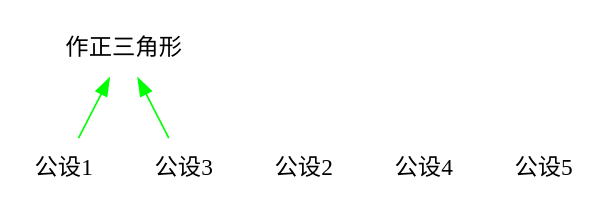
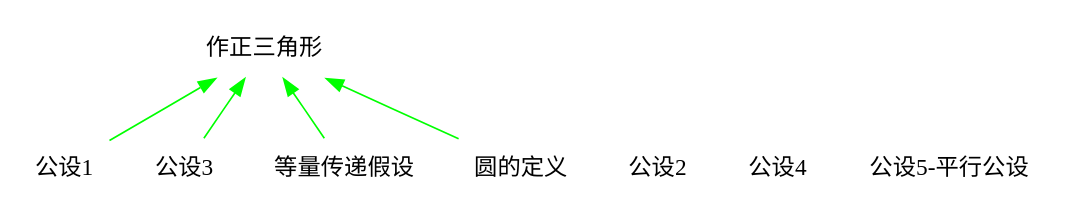
Before and after one commit to wb-dirac/wb-dirac.github.io: the diagram in _includes/viz/all.dot, drawn with Graphviz. The commit also changed 1 other file, not shown here.

```diff
--- a/_includes/viz/all.dot
+++ b/_includes/viz/all.dot
@@ -1,13 +1,17 @@
 
 digraph {
     rankdir="BT"
     node [shape=polygon sides=4 distortion=0.0 orientation=0.0 skew=0.0 color=white style=filled fontname="Helvetica-Outline"]
         p138 [id=p138 label="公设1" href="/欧式几何/2023/11/14/公设1"]
         p139 [id=p139 label="公设2" href="/欧式几何/2023/11/14/公设2"]
         p140 [id=p140 label="公设3" href="/欧式几何/2023/11/14/公设3"]
         p141 [id=p141 label="公设4" href="/欧式几何/2023/11/14/公设4"]
-        p142 [id=p142 label="公设5" href="/欧式几何/2023/11/14/公设5"]
         p143 [id=p143 label="作正三角形" href="/欧式几何/2023/11/14/作正三角形"]
-                                                                                    p138->p143 [color="#00ff00"]
+        p142 [id=p142 label="公设5-平行公设" href="/欧式几何/2023/11/14/公设5"]
+        p147 [id=p147 label="等量传递假设" href="/欧式几何/2023/11/14/等量传递假设"]
+        p148 [id=p148 label="圆的定义" href="/欧式几何/2023/11/14/圆的定义"]
+                                                                        p138->p143 [color="#00ff00"]
                 p140->p143 [color="#00ff00"]
-            }
+                p147->p143 [color="#00ff00"]
+                p148->p143 [color="#00ff00"]
+                                                }
```
